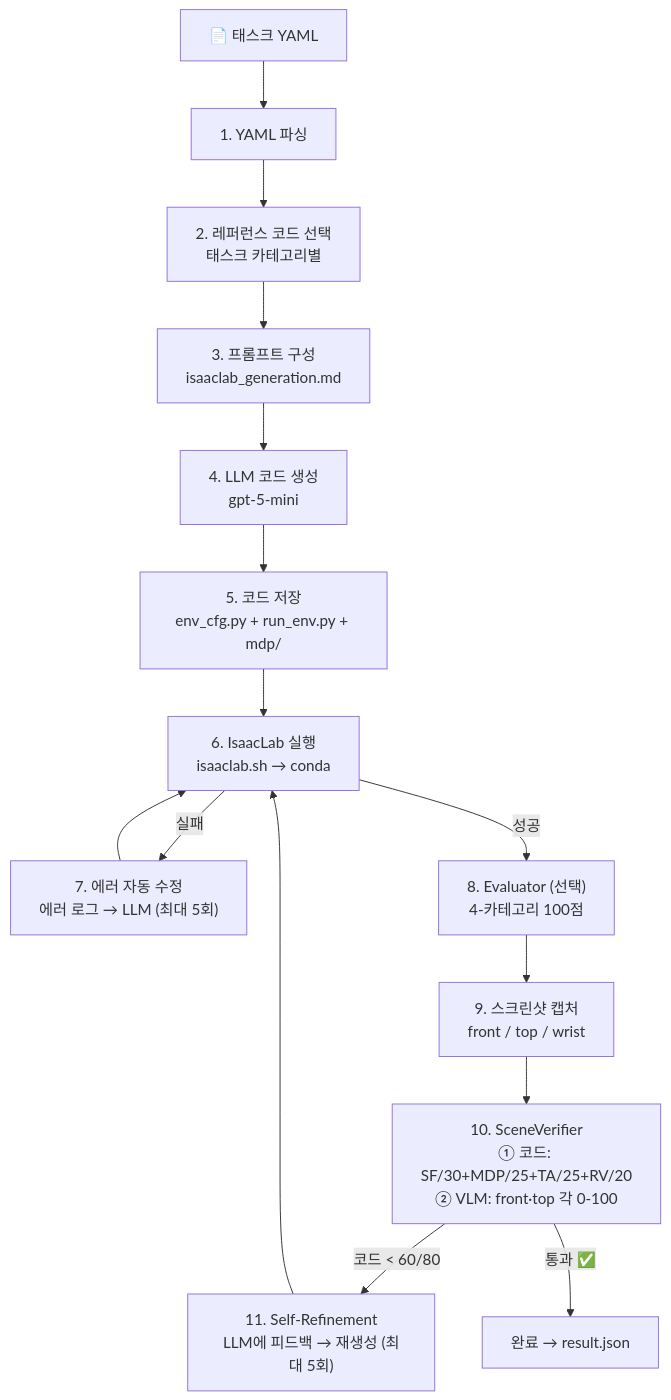
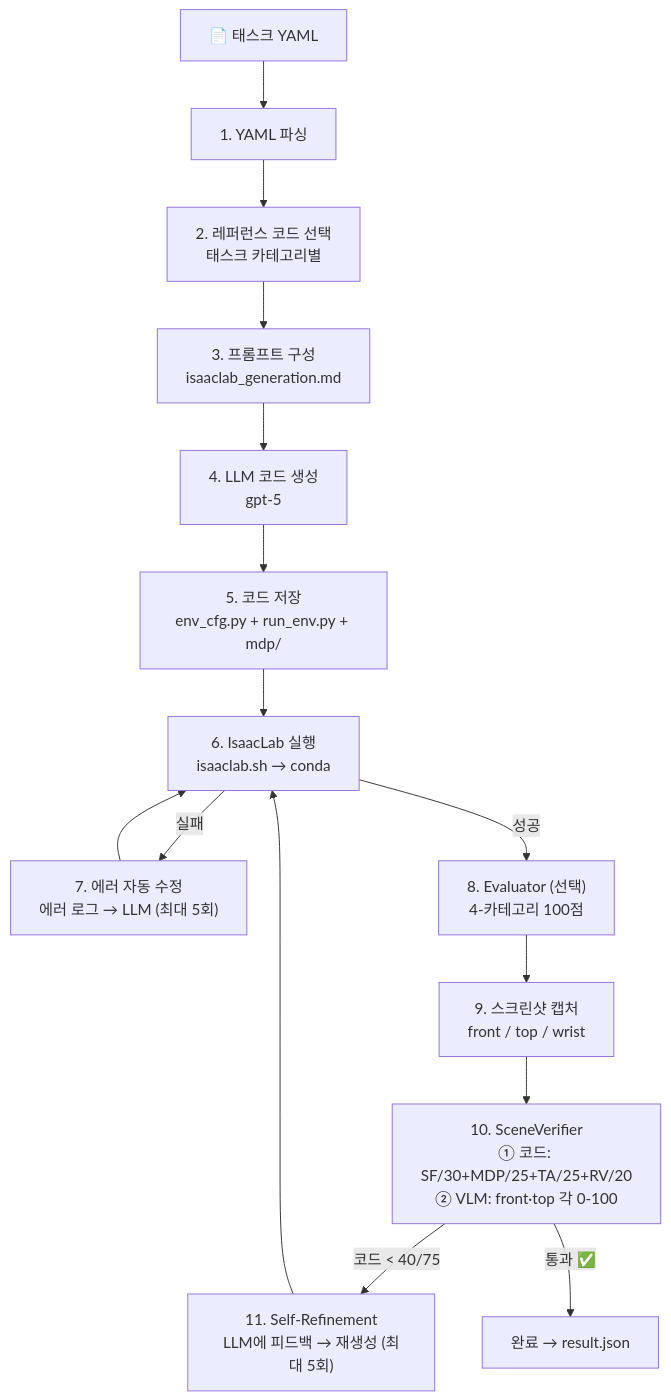
One commit to SKKU-PRISM/Simulation-Generation-Agent changed the third of 3 diagrams in docs/ko/architecture.md. Above: the diagram before and after it, drawn with Mermaid. The commit also changed other lines of this file and 9 other files, not shown here.

````diff
--- a/docs/ko/architecture.md
+++ b/docs/ko/architecture.md
@@ -79,20 +79,20 @@
 ```mermaid
 flowchart TD
     YAML["📄 태스크 YAML"] --> PARSE["1. YAML 파싱"]
     PARSE --> REF["2. 레퍼런스 코드 선택\n태스크 카테고리별"]
     REF --> PROMPT["3. 프롬프트 구성\nisaaclab_generation.md"]
-    PROMPT --> GEN["4. LLM 코드 생성\ngpt-5-mini"]
+    PROMPT --> GEN["4. LLM 코드 생성\ngpt-5"]
     GEN --> WRITE["5. 코드 저장\nenv_cfg.py + run_env.py + mdp/"]
     WRITE --> EXEC["6. IsaacLab 실행\nisaaclab.sh → conda"]
 
     EXEC -- "실패" --> FIX["7. 에러 자동 수정\n에러 로그 → LLM (최대 5회)"]
     FIX --> EXEC
 
     EXEC -- "성공" --> EVAL["8. Evaluator (선택)\n4-카테고리 100점"]
     EVAL --> CAP["9. 스크린샷 캡처\nfront / top / wrist"]
     CAP --> VER["10. SceneVerifier\n① 코드: SF/30+MDP/25+TA/25+RV/20\n② VLM: front·top 각 0-100"]
 
-    VER -- "코드 < 60/80" --> REFINE["11. Self-Refinement\nLLM에 피드백 → 재생성 (최대 5회)"]
+    VER -- "코드 < 40/75" --> REFINE["11. Self-Refinement\nLLM에 피드백 → 재생성 (최대 5회)"]
     REFINE --> EXEC
     VER -- "통과 ✅" --> DONE["완료 → result.json"]
 ```
````
